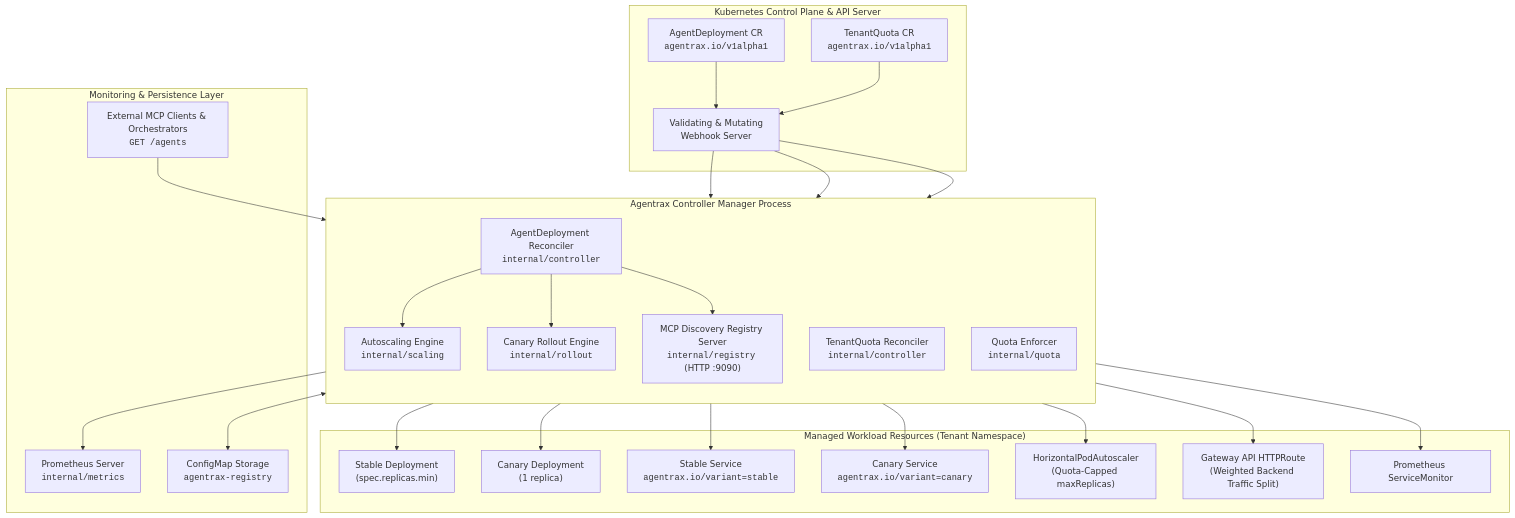
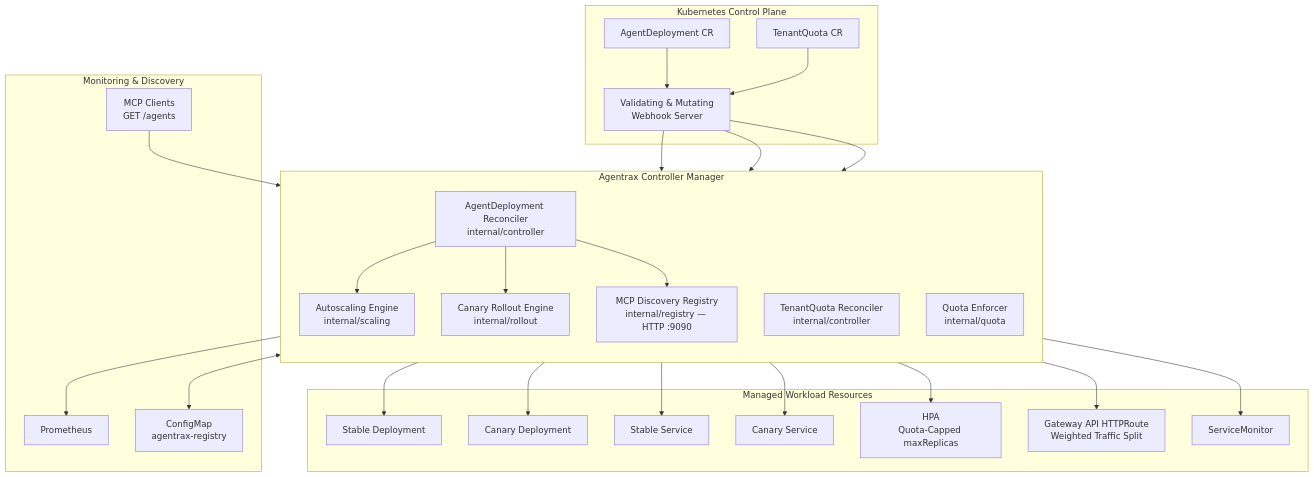
One commit to gitcommitankit/agentrax changed the first of 4 diagrams in docs/ARCHITECTURE.md. Above: the diagram before and after it, drawn with Mermaid. The commit also changed other lines of this file, not shown here.

Commit message:
docs: overhaul architecture documentation with updated structure, diagrams, and design principle.

````diff
--- a/docs/ARCHITECTURE.md
+++ b/docs/ARCHITECTURE.md
@@ -32,53 +68,48 @@
 ```mermaid
 flowchart TB
-    subgraph ControlPlane["Kubernetes Control Plane & API Server"]
-        AD["AgentDeployment CR<br/><code>agentrax.io/v1alpha1</code>"]
-        TQ["TenantQuota CR<br/><code>agentrax.io/v1alpha1</code>"]
+    subgraph ControlPlane["Kubernetes Control Plane"]
+        AD["AgentDeployment CR"]
+        TQ["TenantQuota CR"]
         WH["Validating & Mutating<br/>Webhook Server"]
     end
 
-    subgraph Operator["Agentrax Controller Manager Process"]
+    subgraph Operator["Agentrax Controller Manager"]
         direction TB
-        REC["AgentDeployment Reconciler<br/><code>internal/controller</code>"]
-        TQC["TenantQuota Reconciler<br/><code>internal/controller</code>"]
-        ROLL["Canary Rollout Engine<br/><code>internal/rollout</code>"]
-        AUTO["Autoscaling Engine<br/><code>internal/scaling</code>"]
-        QUOTA["Quota Enforcer<br/><code>internal/quota</code>"]
-        REG["MCP Discovery Registry Server<br/><code>internal/registry</code> (HTTP :9090)"]
+        REC["AgentDeployment Reconciler<br/>internal/controller"]
+        TQC["TenantQuota Reconciler<br/>internal/controller"]
+        ROLL["Canary Rollout Engine<br/>internal/rollout"]
+        AUTO["Autoscaling Engine<br/>internal/scaling"]
+        QUOTA["Quota Enforcer<br/>internal/quota"]
+        REG["MCP Discovery Registry<br/>internal/registry — HTTP :9090"]
     end
 
-    subgraph ManagedResources["Managed Workload Resources (Tenant Namespace)"]
-        DEP_STABLE["Stable Deployment<br/>(spec.replicas.min)"]
-        DEP_CANARY["Canary Deployment<br/>(1 replica)"]
-        SVC_STABLE["Stable Service<br/><code>agentrax.io/variant=stable</code>"]
-        SVC_CANARY["Canary Service<br/><code>agentrax.io/variant=canary</code>"]
-        HPA["HorizontalPodAutoscaler<br/>(Quota-Capped maxReplicas)"]
-        HTTP_ROUTE["Gateway API HTTPRoute<br/>(Weighted Backend Traffic Split)"]
-        SM["Prometheus ServiceMonitor"]
+    subgraph Managed["Managed Workload Resources"]
+        DEP_S["Stable Deployment"]
+        DEP_C["Canary Deployment"]
+        SVC_S["Stable Service"]
+        SVC_C["Canary Service"]
+        HPA["HPA<br/>Quota-Capped maxReplicas"]
+        HR["Gateway API HTTPRoute<br/>Weighted Traffic Split"]
+        SM["ServiceMonitor"]
     end
 
-    subgraph ExternalTelemetry["Monitoring & Persistence Layer"]
-        PROM["Prometheus Server<br/><code>internal/metrics</code>"]
-        CM["ConfigMap Storage<br/><code>agentrax-registry</code>"]
-        CLIENT["External MCP Clients & Orchestrators<br/><code>GET /agents</code>"]
+    subgraph External["Monitoring & Discovery"]
+        PROM["Prometheus"]
+        CM["ConfigMap<br/>agentrax-registry"]
+        CLIENT["MCP Clients<br/>GET /agents"]
     end
 
     AD --> WH
     TQ --> WH
     WH --> QUOTA
     WH --> REC
     WH --> TQC
-    REC --> DEP_STABLE
-    REC --> SVC_STABLE
-    REC --> SM
-    REC --> AUTO
-    AUTO --> HPA
+    REC --> DEP_S & SVC_S & SM
+    REC --> AUTO --> HPA
     REC --> ROLL
-    ROLL --> DEP_CANARY
-    ROLL --> SVC_CANARY
-    ROLL --> HTTP_ROUTE
+    ROLL --> DEP_C & SVC_C & HR
     ROLL --> PROM
     REC --> REG
     REG <--> CM
     CLIENT --> REG
 ```
````
